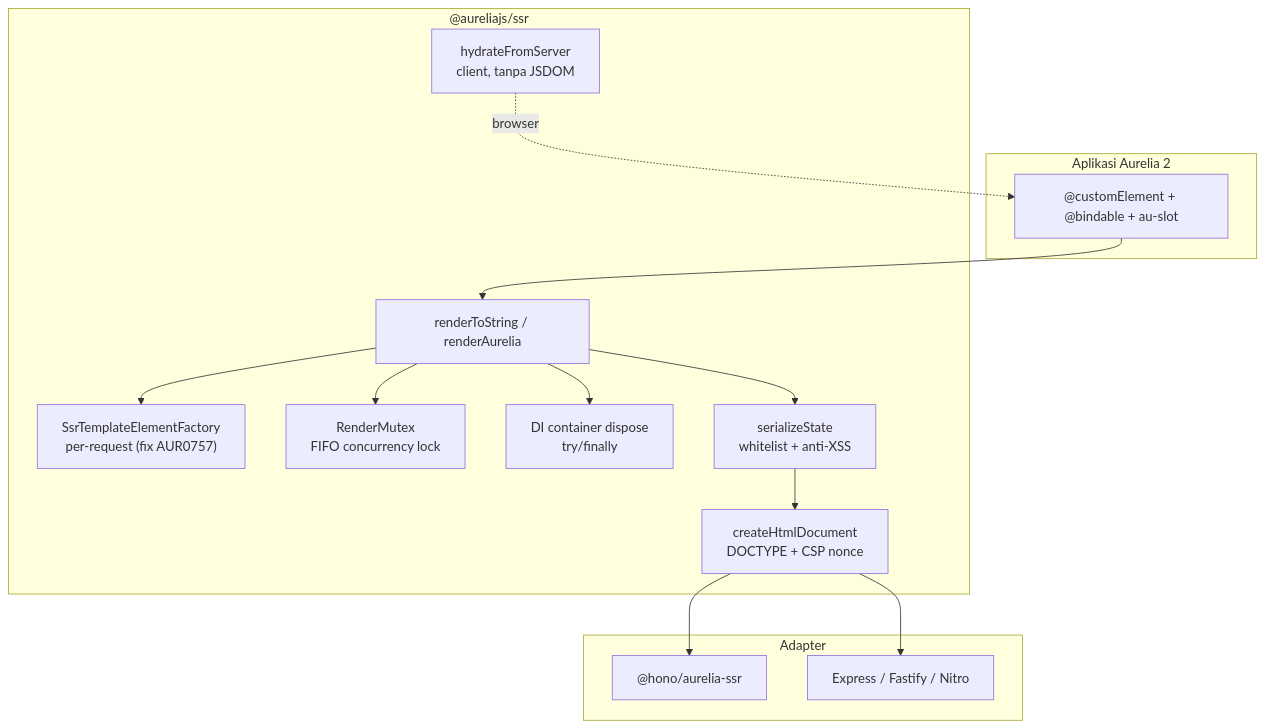
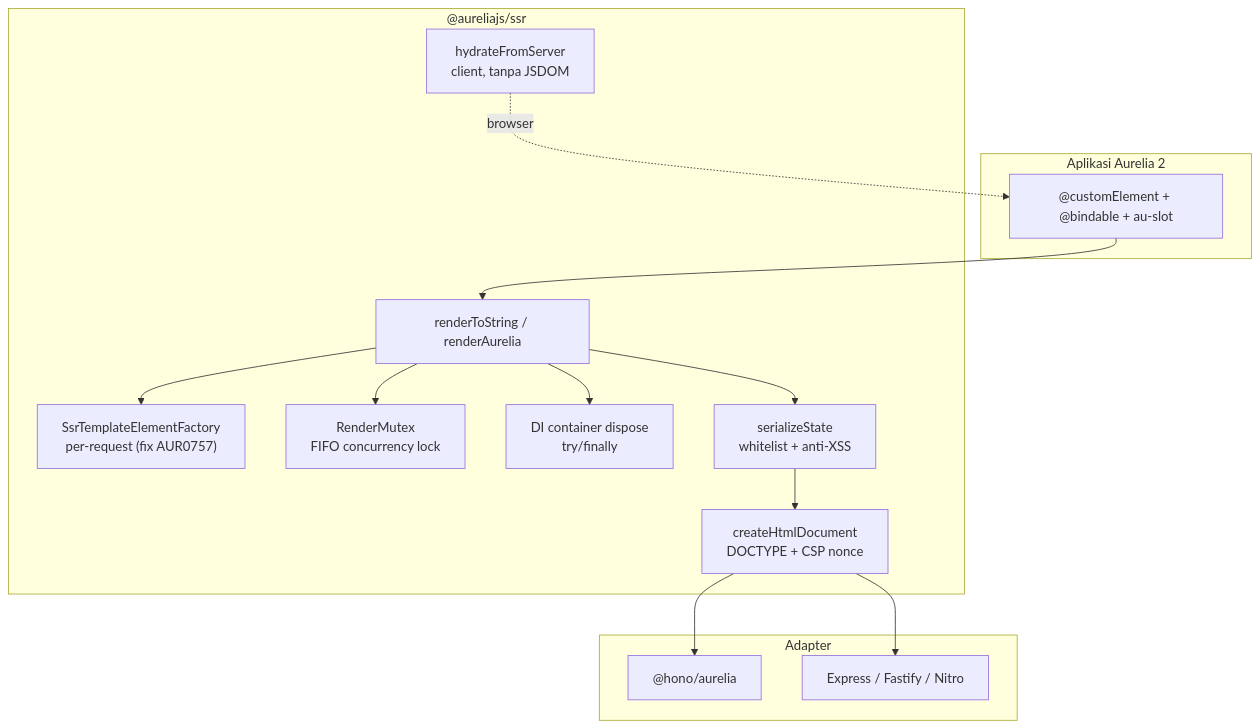
The second of 3 diagrams in posts/aureliajs-perjalanan-eksplorasi-dan-kontribusi.md (sandikodev/content), drawn with Mermaid before and after one commit. The commit also changed other lines of this file, not shown here.

Commit message:
content: add 2017 SMK Aurelia backstory and rename adapter to @hono/aurelia

````diff
--- a/posts/aureliajs-perjalanan-eksplorasi-dan-kontribusi.md
+++ b/posts/aureliajs-perjalanan-eksplorasi-dan-kontribusi.md
@@ -417,31 +423,31 @@
 ```mermaid
 flowchart TD
     subgraph App["Aplikasi Aurelia 2"]
         A["@customElement + @bindable + au-slot"]
     end
 
     subgraph Core["@aureliajs/ssr"]
         B["renderToString / renderAurelia"]
         C["SsrTemplateElementFactory<br/>per-request (fix AUR0757)"]
         D["RenderMutex<br/>FIFO concurrency lock"]
         E["DI container dispose<br/>try/finally"]
         F["serializeState<br/>whitelist + anti-XSS"]
         G["createHtmlDocument<br/>DOCTYPE + CSP nonce"]
         H["hydrateFromServer<br/>client, tanpa JSDOM"]
     end
 
     subgraph Adapters["Adapter"]
-        I["@hono/aurelia-ssr"]
+        I["@hono/aurelia"]
         J["Express / Fastify / Nitro"]
     end
 
     A --> B
     B --> C
     B --> D
     B --> E
     B --> F
     F --> G
     G --> I
     G --> J
     H -.->|"browser"| A
 ```
````
